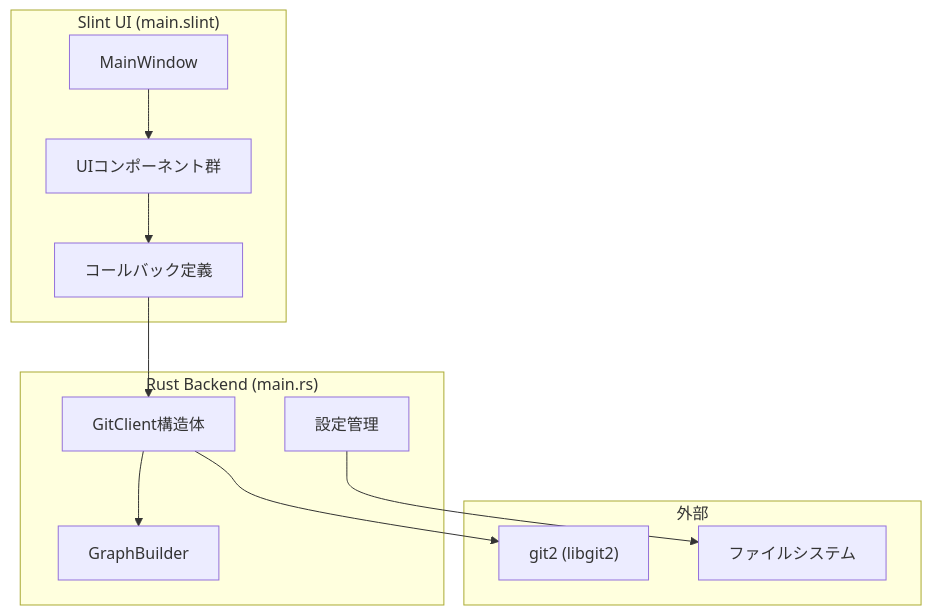
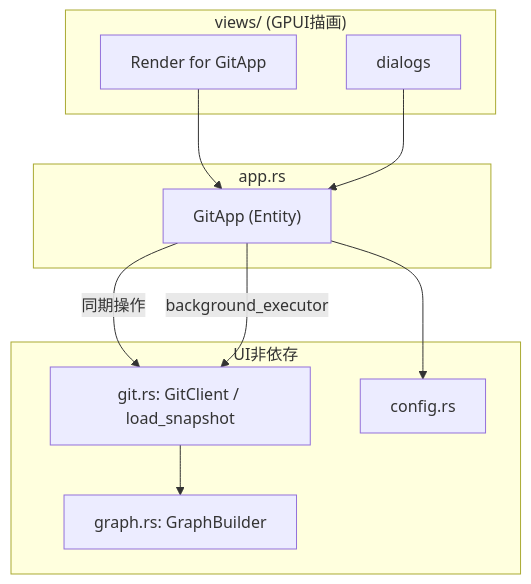
Before and after one commit to Fujita-Naoyuki/rust-git-gui: the diagram in docs/DEVELOPMENT.md, drawn with Mermaid. The commit also changed other lines of this file and 20 other files, not shown here.

````diff
--- a/docs/DEVELOPMENT.md
+++ b/docs/DEVELOPMENT.md
@@ -35,26 +46,24 @@
 ```mermaid
 flowchart TB
-    subgraph UI["Slint UI (main.slint)"]
-        MainWindow["MainWindow"]
-        Components["UIコンポーネント群"]
-        Callbacks["コールバック定義"]
+    subgraph UI["views/ (GPUI描画)"]
+        Render["Render for GitApp"]
+        Dialogs["dialogs"]
     end
-    
-    subgraph Backend["Rust Backend (main.rs)"]
-        GitClient["GitClient構造体"]
-        GraphBuilder["GraphBuilder"]
-        ConfigManager["設定管理"]
+
+    subgraph State["app.rs"]
+        GitApp["GitApp (Entity)"]
     end
-    
-    subgraph External["外部"]
-        git2["git2 (libgit2)"]
-        FileSystem["ファイルシステム"]
+
+    subgraph Core["UI非依存"]
+        GitClient["git.rs: GitClient / load_snapshot"]
+        GraphBuilder["graph.rs: GraphBuilder"]
+        Config["config.rs"]
     end
-    
-    MainWindow --> Components
-    Components --> Callbacks
-    Callbacks --> GitClient
-    GitClient --> git2
+
+    Render --> GitApp
+    Dialogs --> GitApp
+    GitApp -->|同期操作| GitClient
+    GitApp -->|background_executor| GitClient
     GitClient --> GraphBuilder
-    ConfigManager --> FileSystem
+    GitApp --> Config
 ```
````
